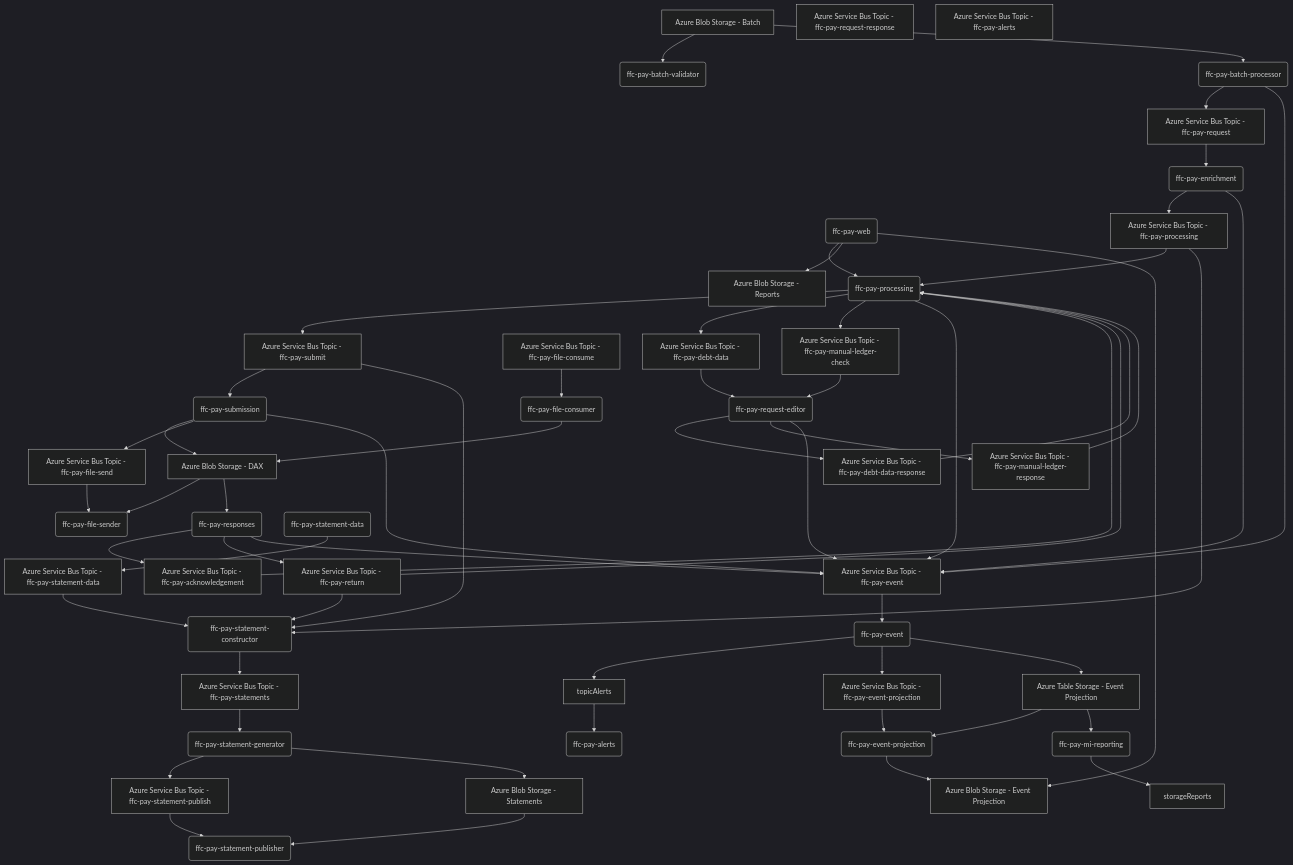
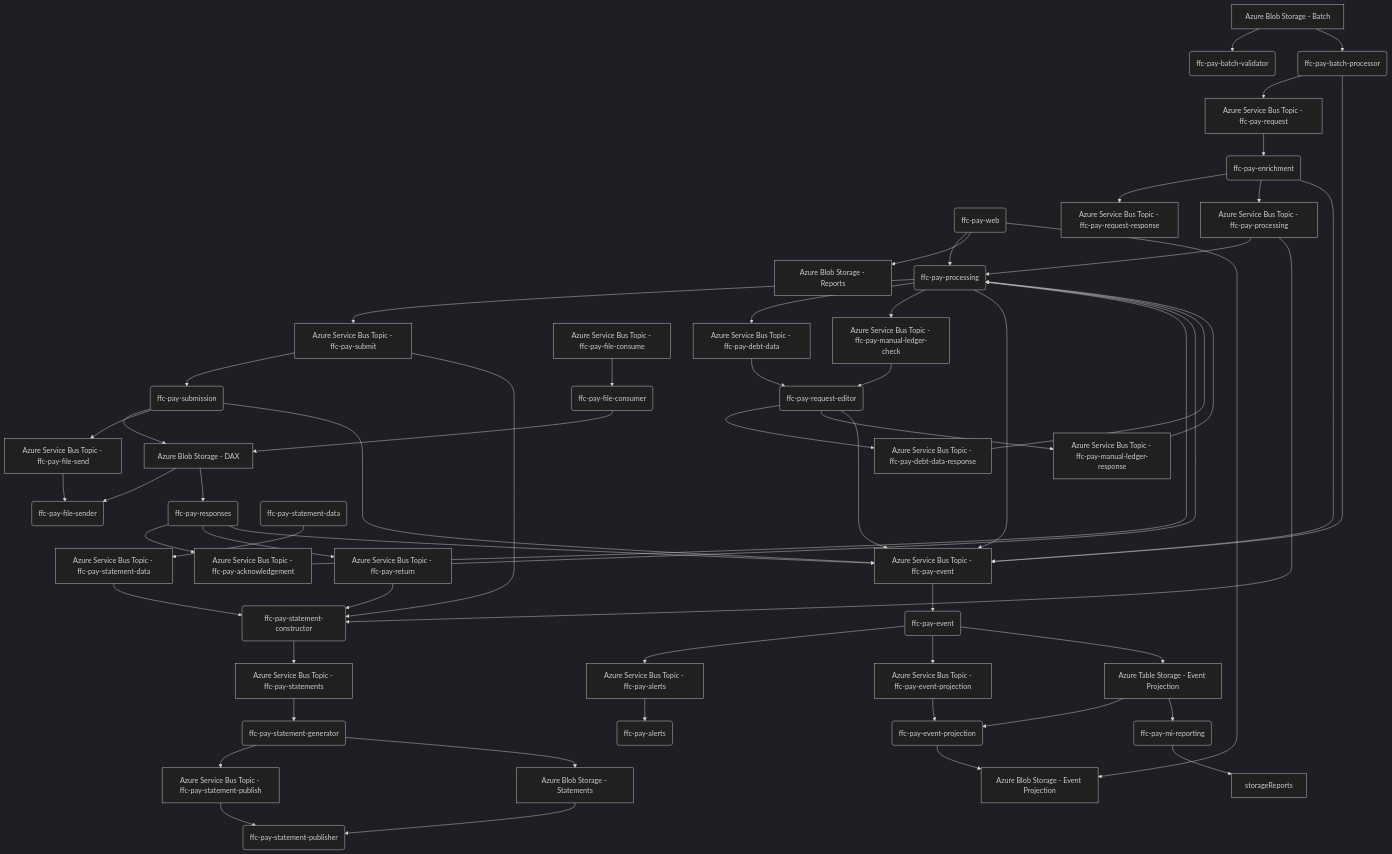
Before and after one commit to DEFRA/ffc-pay-core: the diagram in README.md, drawn with Mermaid (dark theme).

Commit message:
Update sequence

```diff
--- a/README.md
+++ b/README.md
@@ -77,7 +77,7 @@
 topicLedgerResponse[Azure Service Bus Topic - ffc-pay-manual-ledger-response]
 topicEvent[Azure Service Bus Topic - ffc-pay-event]
 topicEventProjection[Azure Service Bus Topic - ffc-pay-event-projection]
-topicAlert[Azure Service Bus Topic - ffc-pay-alerts]
+topicAlerts[Azure Service Bus Topic - ffc-pay-alerts]
 topicStatementData[Azure Service Bus Topic - ffc-pay-statement-data]
 topicStatements[Azure Service Bus Topic - ffc-pay-statements]
 topicStatementPublish[Azure Service Bus Topic - ffc-pay-statement-publish]
@@ -86,6 +86,7 @@
 storageBatch --> ffc-pay-batch-processor
 ffc-pay-batch-processor --> topicRequest
 topicRequest --> ffc-pay-enrichment
+ffc-pay-enrichment --> topicResponse
 ffc-pay-enrichment --> topicProcessing
 topicProcessing --> ffc-pay-processing
 ffc-pay-processing --> topicSubmit
```
